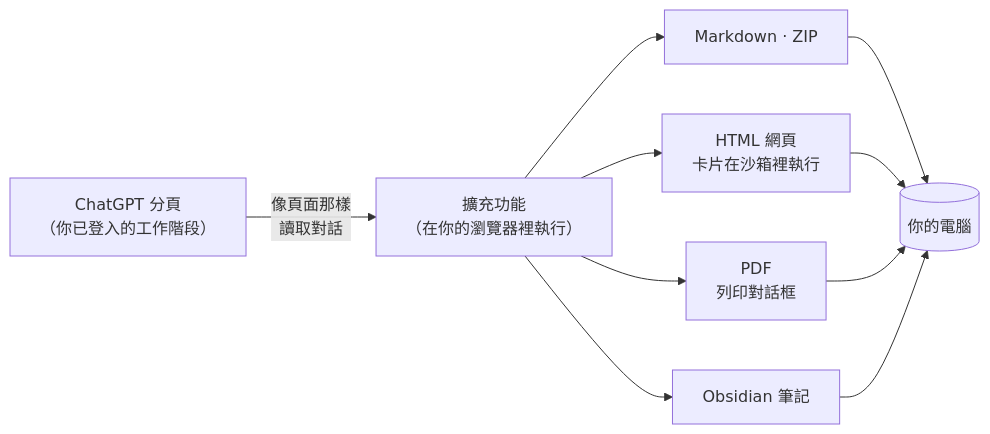
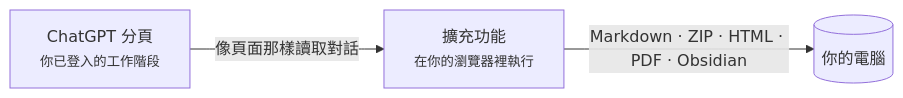
The diagram in docs/readme/README.zh-TW.md (letheli710/chat-intelligent-ui-exporter), drawn with Mermaid before and after one commit. The commit also changed 15 other files, not shown here.

First line of the commit message:
0.11.41: the how-it-works diagram as one row, so GitHub shows it whole

````diff
--- a/docs/readme/README.zh-TW.md
+++ b/docs/readme/README.zh-TW.md
@@ -126,9 +126,5 @@
 ```mermaid
 flowchart LR
-    A["ChatGPT 分頁<br/>（你已登入的工作階段）"] -->|像頁面那樣<br/>讀取對話| B["擴充功能<br/>（在你的瀏覽器裡執行）"]
-    B --> C["Markdown · ZIP"]
-    B --> D["HTML 網頁<br/>卡片在沙箱裡執行"]
-    B --> E["PDF<br/>列印對話框"]
-    B --> F["Obsidian 筆記"]
-    C & D & E & F --> G[("你的電腦")]
+    A["ChatGPT 分頁<br/><small>你已登入的工作階段</small>"] -->|像頁面那樣讀取對話| B["擴充功能<br/><small>在你的瀏覽器裡執行</small>"]
+    B -->|"Markdown · ZIP · HTML · PDF · Obsidian"| C[("你的電腦")]
 ```
````
